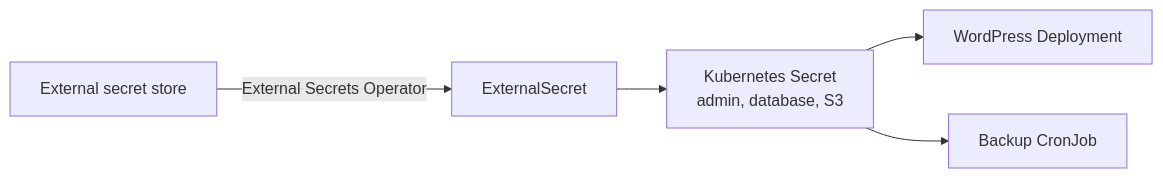
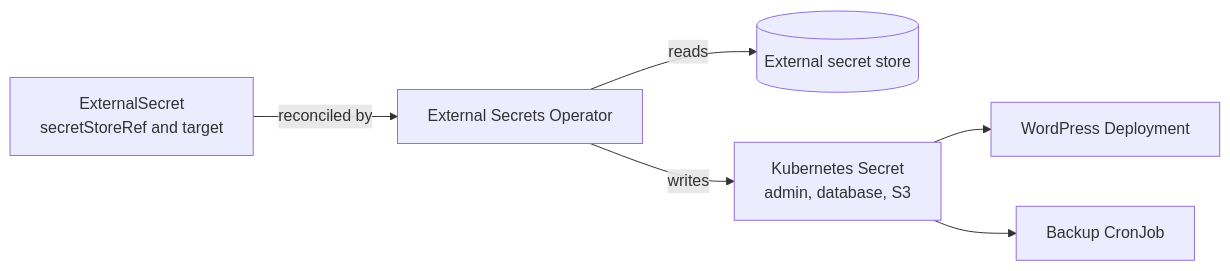
One commit to helmforgedev/charts changed the third of 8 diagrams in charts/wordpress/DESIGN.md. Above: the diagram before and after it, drawn with Mermaid.

Commit message:
docs(wordpress): show external secrets operator reconciling the secret

````diff
--- a/charts/wordpress/DESIGN.md
+++ b/charts/wordpress/DESIGN.md
@@ -64,7 +64,8 @@
 ```mermaid
 flowchart LR
-  store[External secret store] -->|External Secrets Operator| es[ExternalSecret]
-  es --> secret[Kubernetes Secret<br/>admin, database, S3]
+  es[ExternalSecret<br/>secretStoreRef and target] -->|reconciled by| eso[External Secrets Operator]
+  eso -->|reads| store[(External secret store)]
+  eso -->|writes| secret[Kubernetes Secret<br/>admin, database, S3]
   secret --> wp[WordPress Deployment]
   secret --> backup[Backup CronJob]
 ```
````
